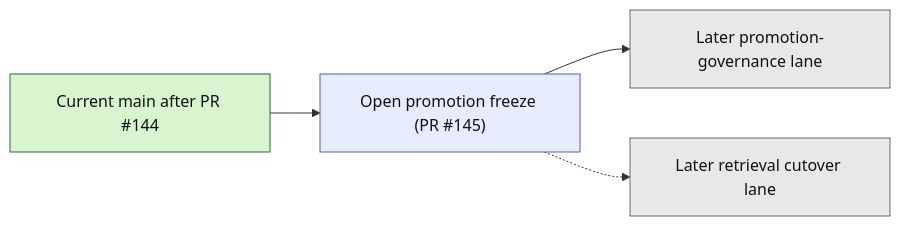
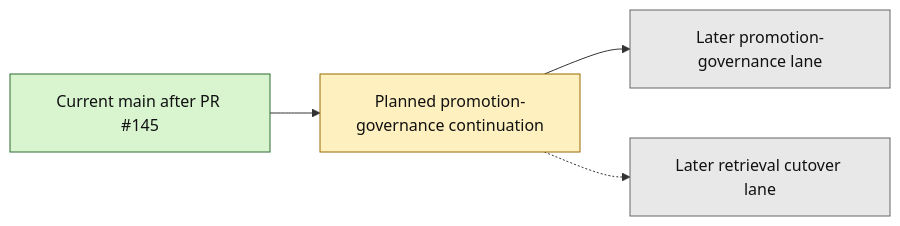
One commit to benjmcd/project6_REPO_MCP_FOLDER changed the second of 2 diagrams in next_milestone_plans/layer3_progress_board.md. Above: the diagram before and after it, drawn with Mermaid. The commit also changed other lines of this file and 9 other files, not shown here.

Commit message:
docs(layer3): sync promotion freeze landing

````diff
--- a/next_milestone_plans/layer3_progress_board.md
+++ b/next_milestone_plans/layer3_progress_board.md
@@ -151,14 +151,14 @@
 ```mermaid
 flowchart LR
-    A["Current main after PR #144"] --> B["Open promotion freeze (PR #145)"]
+    A["Current main after PR #145"] --> B["Planned promotion-governance continuation"]
     B --> C["Later promotion-governance lane"]
     B -.-> D["Later retrieval cutover lane"]
 
     classDef merged fill:#d8f5d0,stroke:#2f6b2f,color:#111;
-    classDef branch fill:#e7edff,stroke:#4b63b3,color:#111;
+    classDef planned fill:#fff1bf,stroke:#9a6b00,color:#111;
     classDef future fill:#e8e8e8,stroke:#666,color:#111;
 
     class A merged;
-    class B branch;
+    class B planned;
     class C,D future;
 ```
````
